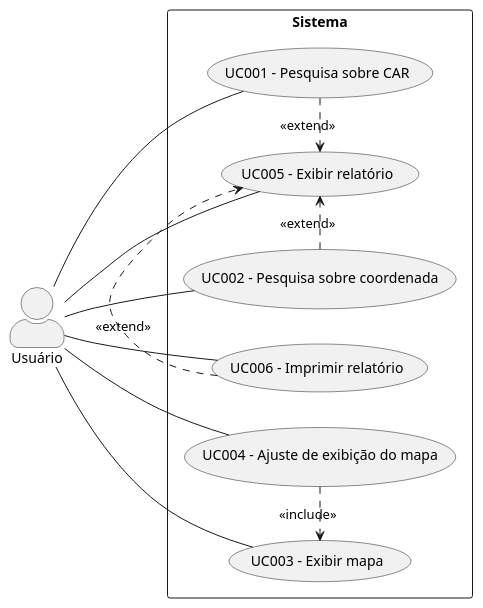
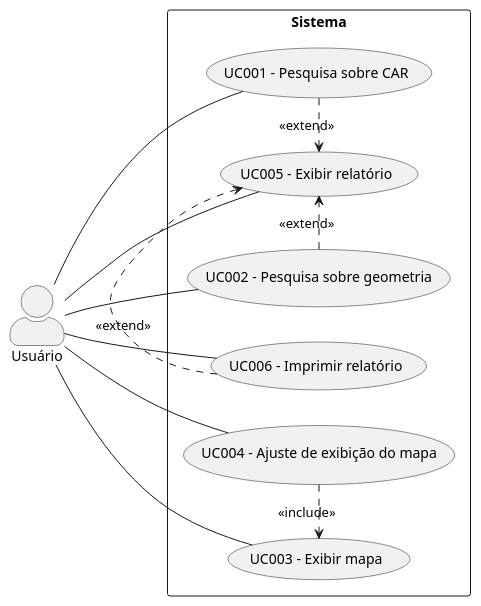
The diagram in use-case-diagram/use-case-diagram.plantuml (ruralgises/documentation), drawn with PlantUML before and after one commit.

```diff
--- a/use-case-diagram/use-case-diagram.plantuml
+++ b/use-case-diagram/use-case-diagram.plantuml
@@ -1,25 +1,25 @@
 @startuml
 skinparam actorStyle awesome
 left to right direction
 Usuário as User
 rectangle Sistema {
 usecase "UC005 - Exibir relatório" as UC05
 usecase "UC006 - Imprimir relatório" as UC06
 usecase "UC001 - Pesquisa sobre CAR" as UC01
-usecase "UC002 - Pesquisa sobre coordenada" as UC02
+usecase "UC002 - Pesquisa sobre geometria" as UC02
 usecase "UC003 - Exibir mapa" as UC03
 usecase "UC004 - Ajuste de exibição do mapa" as UC04
 }
 
 :User: -- (UC01)
 :User: -- (UC02)
 :User: -- (UC03)
 :User: -- (UC04)
 :User: -- (UC05)
 :User: -- (UC06)
 
 UC01 .> UC05: <<extend>>
 UC02 .> UC05: <<extend>>
 UC06 .> UC05: <<extend>>
 UC04 .> UC03: <<include>>
 @enduml
```
